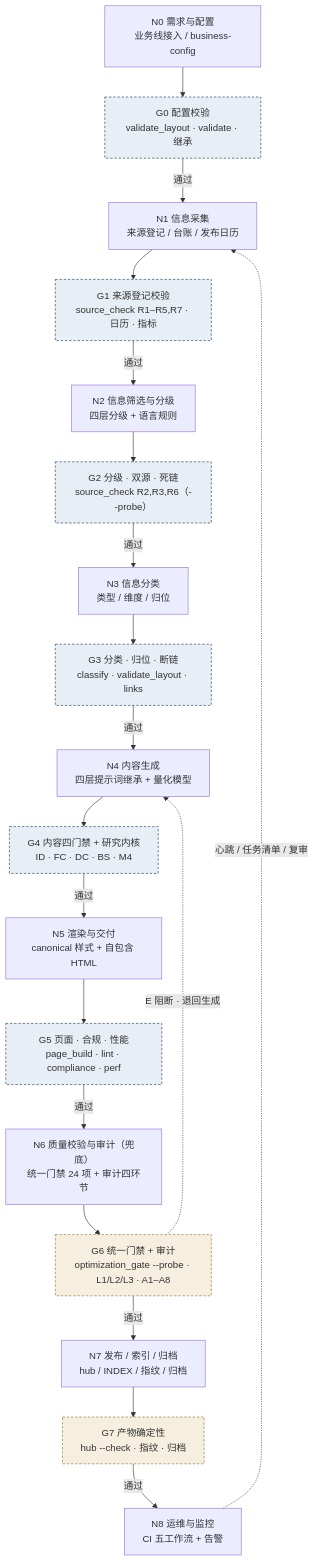
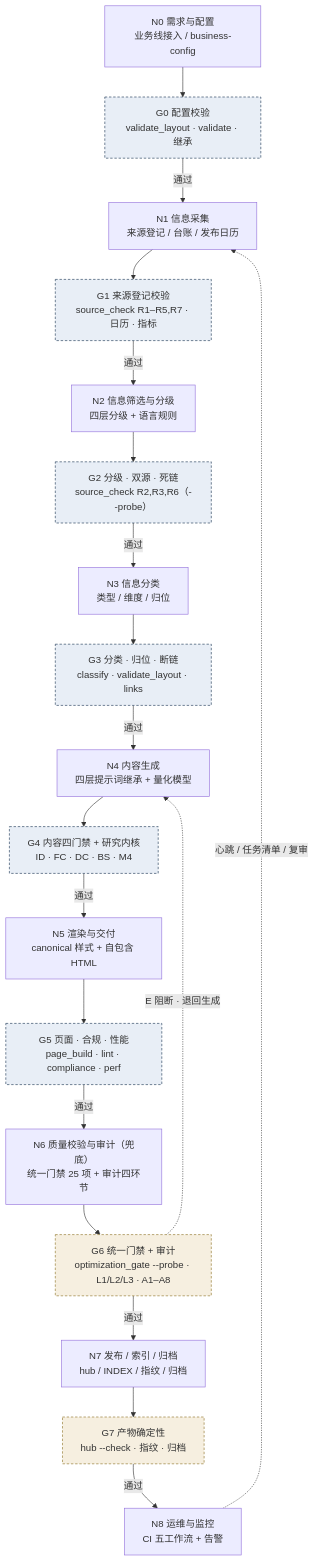
One commit to hmbphxkw76-byte/tech-context-digest changed the first of 4 diagrams in engine/docs/report-pipeline-system.md. Above: the diagram before and after it, drawn with Mermaid. The commit also changed other lines of this file and 25 other files, not shown here.

````diff
--- a/engine/docs/report-pipeline-system.md
+++ b/engine/docs/report-pipeline-system.md
@@ -28,25 +28,25 @@
 ```mermaid
 flowchart TD
     N0["N0 需求与配置<br/>业务线接入 / business-config"] --> G0["G0 配置校验<br/>validate_layout · validate · 继承"]
     G0 -->|通过| N1["N1 信息采集<br/>来源登记 / 台账 / 发布日历"]
     N1 --> G1["G1 来源登记校验<br/>source_check R1–R5,R7 · 日历 · 指标"]
     G1 -->|通过| N2["N2 信息筛选与分级<br/>四层分级 + 语言规则"]
     N2 --> G2["G2 分级 · 双源 · 死链<br/>source_check R2,R3,R6（--probe）"]
     G2 -->|通过| N3["N3 信息分类<br/>类型 / 维度 / 归位"]
     N3 --> G3["G3 分类 · 归位 · 断链<br/>classify · validate_layout · links"]
     G3 -->|通过| N4["N4 内容生成<br/>四层提示词继承 + 量化模型"]
     N4 --> G4["G4 内容四门禁 + 研究内核<br/>ID · FC · DC · BS · M4"]
     G4 -->|通过| N5["N5 渲染与交付<br/>canonical 样式 + 自包含 HTML"]
     N5 --> G5["G5 页面 · 合规 · 性能<br/>page_build · lint · compliance · perf"]
-    G5 -->|通过| N6["N6 质量校验与审计（兜底）<br/>统一门禁 24 项 + 审计四环节"]
+    G5 -->|通过| N6["N6 质量校验与审计（兜底）<br/>统一门禁 25 项 + 审计四环节"]
     N6 --> G6["G6 统一门禁 + 审计<br/>optimization_gate --probe · L1/L2/L3 · A1–A8"]
     G6 -->|通过| N7["N7 发布 / 索引 / 归档<br/>hub / INDEX / 指纹 / 归档"]
     N7 --> G7["G7 产物确定性<br/>hub --check · 指纹 · 归档"]
     G7 -->|通过| N8["N8 运维与监控<br/>CI 五工作流 + 告警"]
     N8 -. "心跳 / 任务清单 / 复审" .-> N1
     G6 -. "E 阻断 · 退回生成" .-> N4
     classDef shift fill:#e8eef6,stroke:#16324f,stroke-dasharray:4 3;
     classDef backstop fill:#f6efe0,stroke:#8a6d1f,stroke-dasharray:4 3;
     class G0,G1,G2,G3,G4,G5 shift;
     class G6,G7,G8 backstop;
 ```
````
